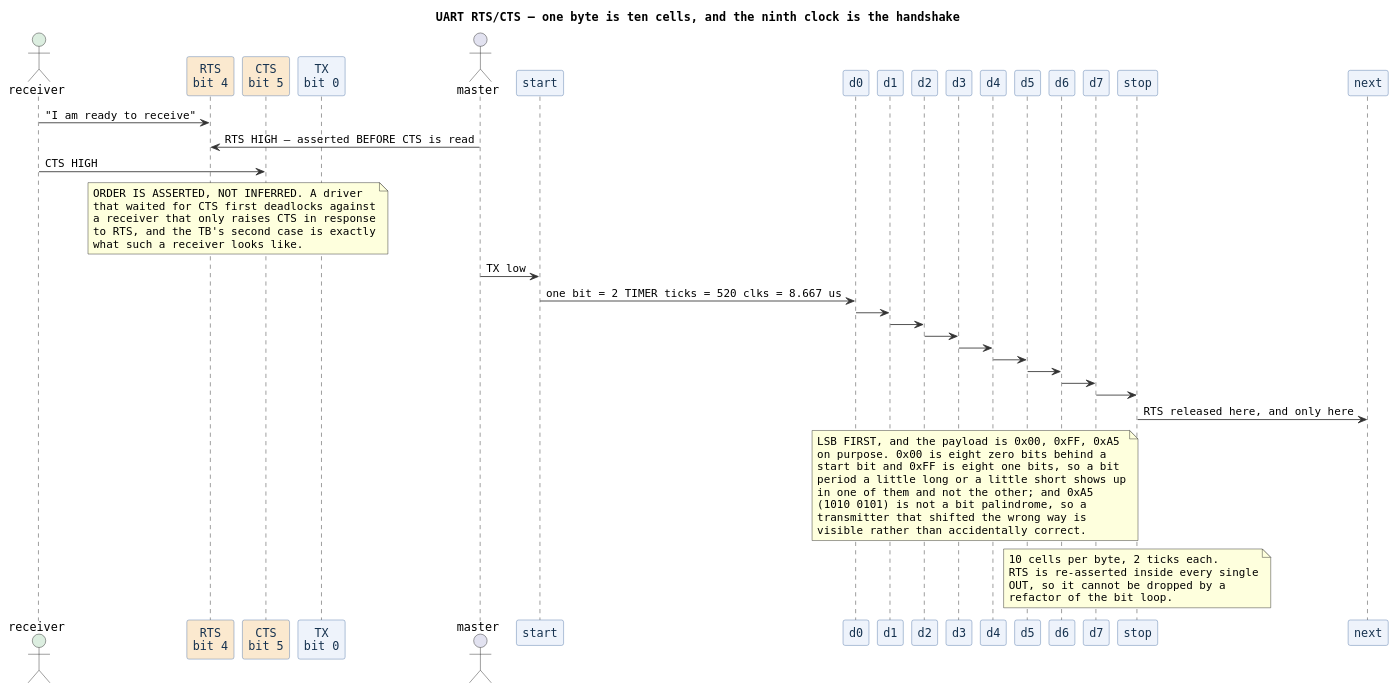
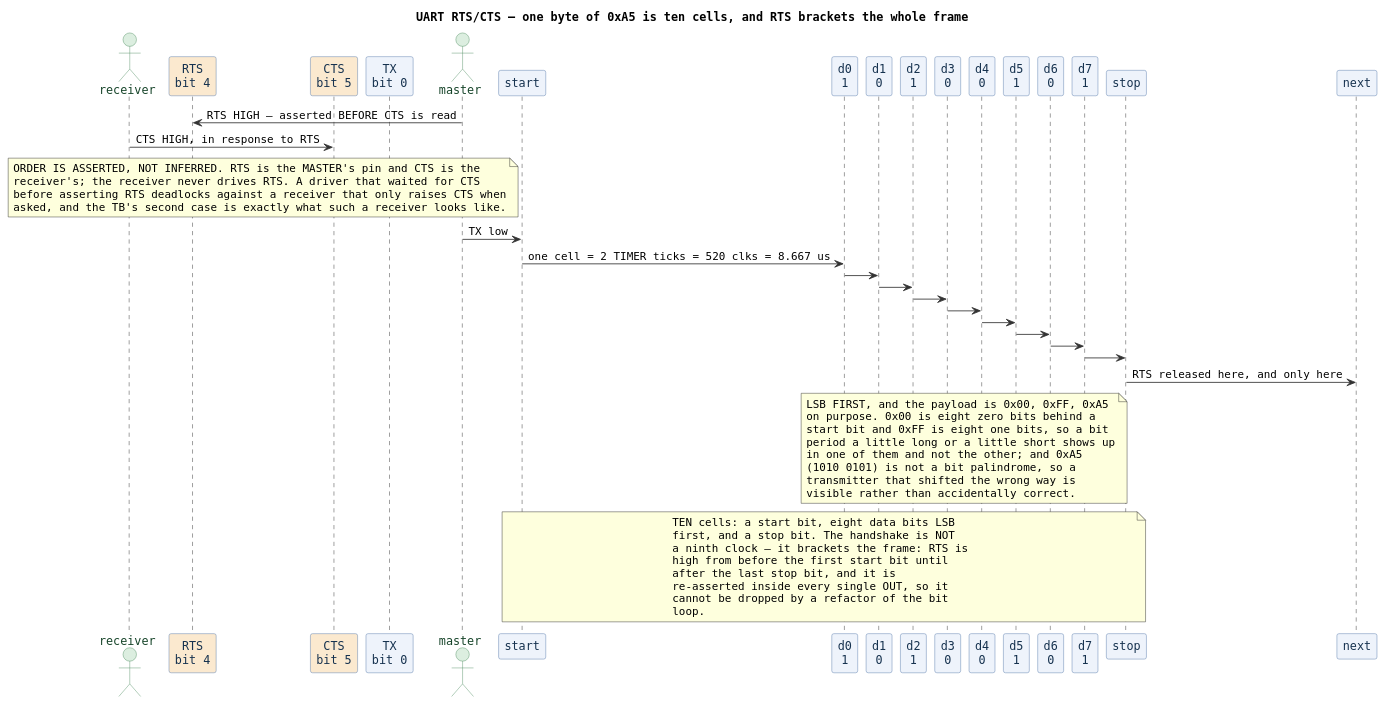
One commit to smprather/janestreet-blog-serial-protocol-emulator changed the second of 5 diagrams in diagrams/proto-uart-flow.puml. Above: the diagram before and after it, drawn with PlantUML. The commit also changed other lines of this file and 14 other files, not shown here.

```diff
--- a/diagrams/proto-uart-flow.puml
+++ b/diagrams/proto-uart-flow.puml
@@ -80,66 +80,71 @@
 @startuml
-title UART RTS/CTS — one byte is ten cells, and the ninth clock is the handshake
+title UART RTS/CTS — one byte of 0xA5 is ten cells, and RTS brackets the whole frame
 skinparam defaultFontName Monospaced
 skinparam ParticipantBackgroundColor #eef3fb
 skinparam ParticipantBorderColor #4a6fa5
 skinparam ParticipantFontColor #16324f
+skinparam ActorBackgroundColor #dceee0
+skinparam ActorBorderColor #4a8a5c
+skinparam ActorFontColor #17452a
 skinparam SequenceGroupBackgroundColor #fbfbfb
 skinparam SequenceGroupBorderColor #b0b0b0
 skinparam ArrowColor #333333
 
-actor "receiver" as R #dceee0
+actor "receiver" as R
 participant "RTS\nbit 4" as RTS #fbe9cf
 participant "CTS\nbit 5" as CTS #fbe9cf
 participant "TX\nbit 0" as TX
 actor "master" as M
 
-R -> RTS : "I am ready to receive"
 M -> RTS : RTS HIGH — asserted BEFORE CTS is read
-R -> CTS : CTS HIGH
+R -> CTS : CTS HIGH, in response to RTS
 note over RTS, CTS
-  ORDER IS ASSERTED, NOT INFERRED. A driver
-  that waited for CTS first deadlocks against
-  a receiver that only raises CTS in response
-  to RTS, and the TB's second case is exactly
-  what such a receiver looks like.
+  ORDER IS ASSERTED, NOT INFERRED. RTS is the MASTER's pin and CTS is the
+  receiver's; the receiver never drives RTS. A driver that waited for CTS
+  before asserting RTS deadlocks against a receiver that only raises CTS when
+  asked, and the TB's second case is exactly what such a receiver looks like.
 end note
 participant "start" as st
-participant "d0" as d0
-participant "d1" as d1
-participant "d2" as d2
-participant "d3" as d3
-participant "d4" as d4
-participant "d5" as d5
-participant "d6" as d6
-participant "d7" as d7
+participant "d0\n1" as d0
+participant "d1\n0" as d1
+participant "d2\n1" as d2
+participant "d3\n0" as d3
+participant "d4\n0" as d4
+participant "d5\n1" as d5
+participant "d6\n0" as d6
+participant "d7\n1" as d7
 participant "stop" as sp
 participant "next" as nx
 
 M -> st : TX low
-st -> d0 : one bit = 2 TIMER ticks = 520 clks = 8.667 us
+st -> d0 : one cell = 2 TIMER ticks = 520 clks = 8.667 us
 d0 -> d1
 d1 -> d2
 d2 -> d3
 d3 -> d4
 d4 -> d5
 d5 -> d6
 d6 -> d7
 d7 -> sp
 sp -> nx : RTS released here, and only here
 note over d0, d7
   LSB FIRST, and the payload is 0x00, 0xFF, 0xA5
   on purpose. 0x00 is eight zero bits behind a
   start bit and 0xFF is eight one bits, so a bit
   period a little long or a little short shows up
   in one of them and not the other; and 0xA5
   (1010 0101) is not a bit palindrome, so a
   transmitter that shifted the wrong way is
   visible rather than accidentally correct.
 end note
-note over sp
-  10 cells per byte, 2 ticks each.
-  RTS is re-asserted inside every single
-  OUT, so it cannot be dropped by a
-  refactor of the bit loop.
+note over st, sp
+  TEN cells: a start bit, eight data bits LSB
+  first, and a stop bit. The handshake is NOT
+  a ninth clock — it brackets the frame: RTS is
+  high from before the first start bit until
+  after the last stop bit, and it is
+  re-asserted inside every single OUT, so it
+  cannot be dropped by a refactor of the bit
+  loop.
 end note
 @enduml
```
